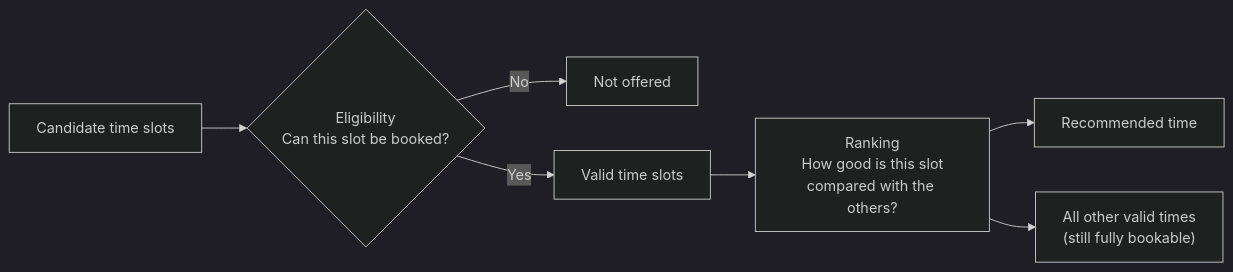
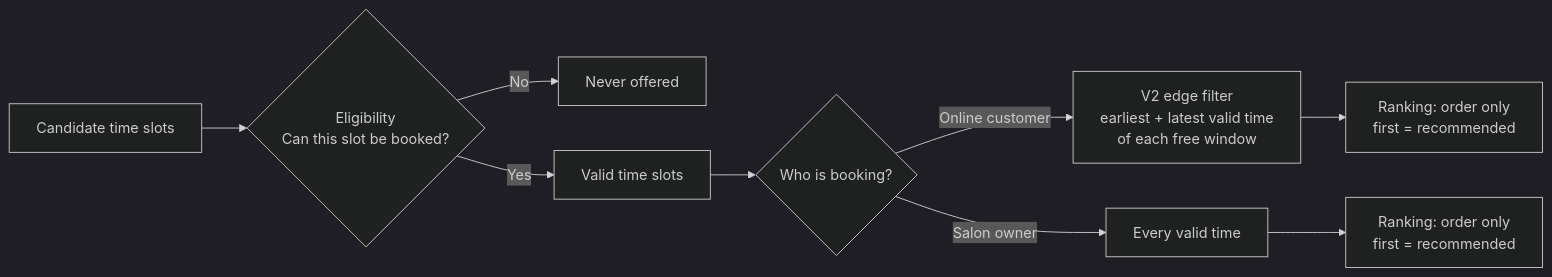
Before and after one commit to N0vocaine/timbra-qa-portfolio: the diagram in README.md, drawn with Mermaid (dark theme). The commit also changed other lines of this file and 11 other files, not shown here.

````diff
--- a/README.md
+++ b/README.md
@@ -55,9 +65,11 @@
 ```mermaid
 flowchart LR
     A["Candidate time slots"] --> B{"Eligibility<br/>Can this slot be booked?"}
-    B -- "No" --> X["Not offered"]
+    B -- "No" --> X["Never offered"]
     B -- "Yes" --> C["Valid time slots"]
-    C --> D["Ranking<br/>How good is this slot<br/>compared with the others?"]
-    D --> E["Recommended time"]
-    D --> F["All other valid times<br/>(still fully bookable)"]
+    C --> D{"Who is booking?"}
+    D -- "Online customer" --> E["V2 edge filter<br/>earliest + latest valid time<br/>of each free window"]
+    D -- "Salon owner" --> F["Every valid time"]
+    E --> R1["Ranking: order only<br/>first = recommended"]
+    F --> R2["Ranking: order only<br/>first = recommended"]
 ```
````
